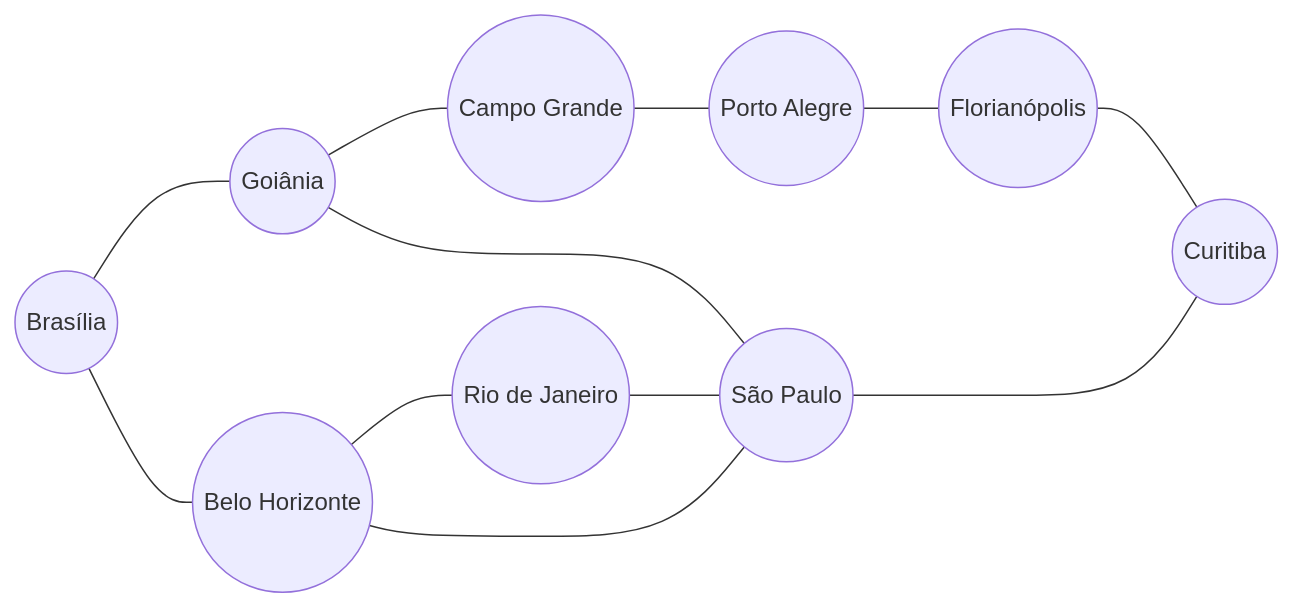
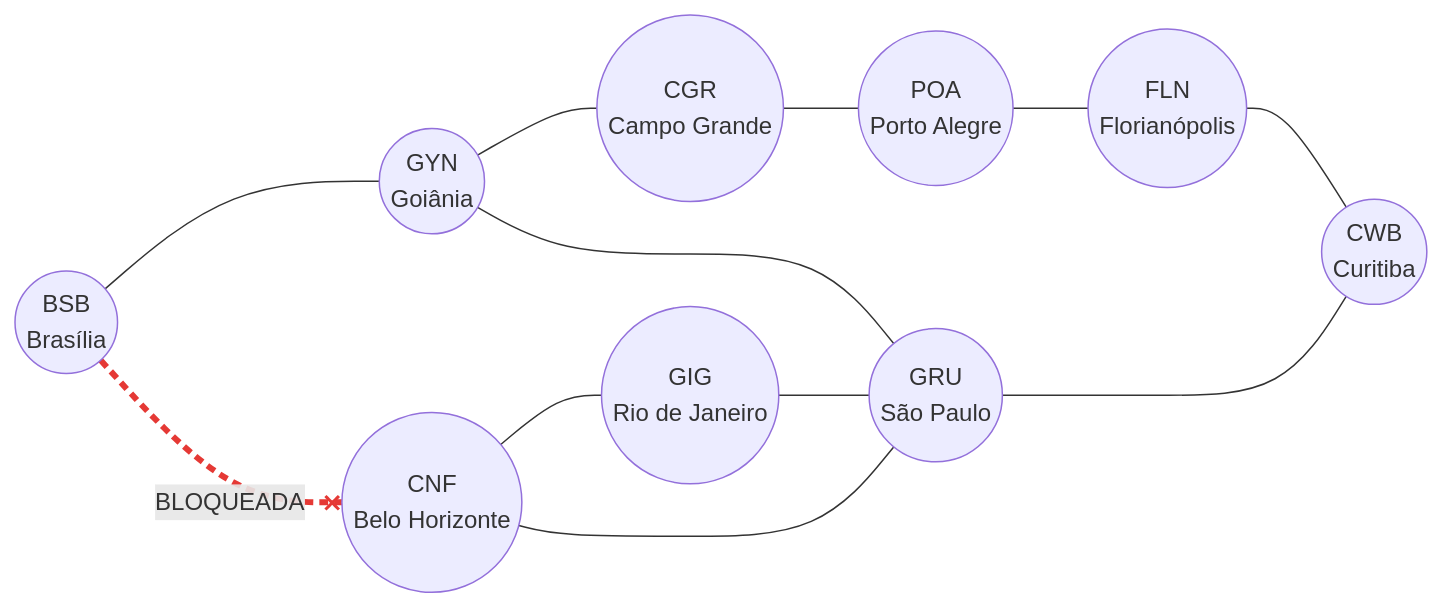
Before and after one commit to KELLYSILVAARAUJO/ESTRUTURAS-DE-DADOS-II: the diagram in Grafo/Material_Estudante_Grafos_BFS_DFS.md, drawn with Mermaid. The commit also changed other lines of this file, not shown here.

````diff
--- a/Grafo/Material_Estudante_Grafos_BFS_DFS.md
+++ b/Grafo/Material_Estudante_Grafos_BFS_DFS.md
@@ -48,14 +50,15 @@
 ```mermaid
 graph LR
-    BSB((Brasília)) --- GYN((Goiânia))
-    BSB --- BH((Belo Horizonte))
-    GYN --- CGR((Campo Grande))
-    GYN --- SP((São Paulo))
-    BH --- RJ((Rio de Janeiro))
-    BH --- SP
-    RJ --- SP
-    SP --- CWB((Curitiba))
-    CGR --- POA((Porto Alegre))
-    POA --- FLN((Florianópolis))
+    BSB((BSB<br/>Brasília)) --- GYN((GYN<br/>Goiânia))
+    BSB -.-x|BLOQUEADA| CNF((CNF<br/>Belo Horizonte))
+    GYN --- CGR((CGR<br/>Campo Grande))
+    GYN --- GRU((GRU<br/>São Paulo))
+    CNF --- GIG((GIG<br/>Rio de Janeiro))
+    CNF --- GRU
+    GIG --- GRU
+    GRU --- CWB((CWB<br/>Curitiba))
+    CGR --- POA((POA<br/>Porto Alegre))
+    POA --- FLN((FLN<br/>Florianópolis))
     FLN --- CWB
+    linkStyle 1 stroke:#e53935,stroke-width:4px,stroke-dasharray: 6 4
 ```
````
